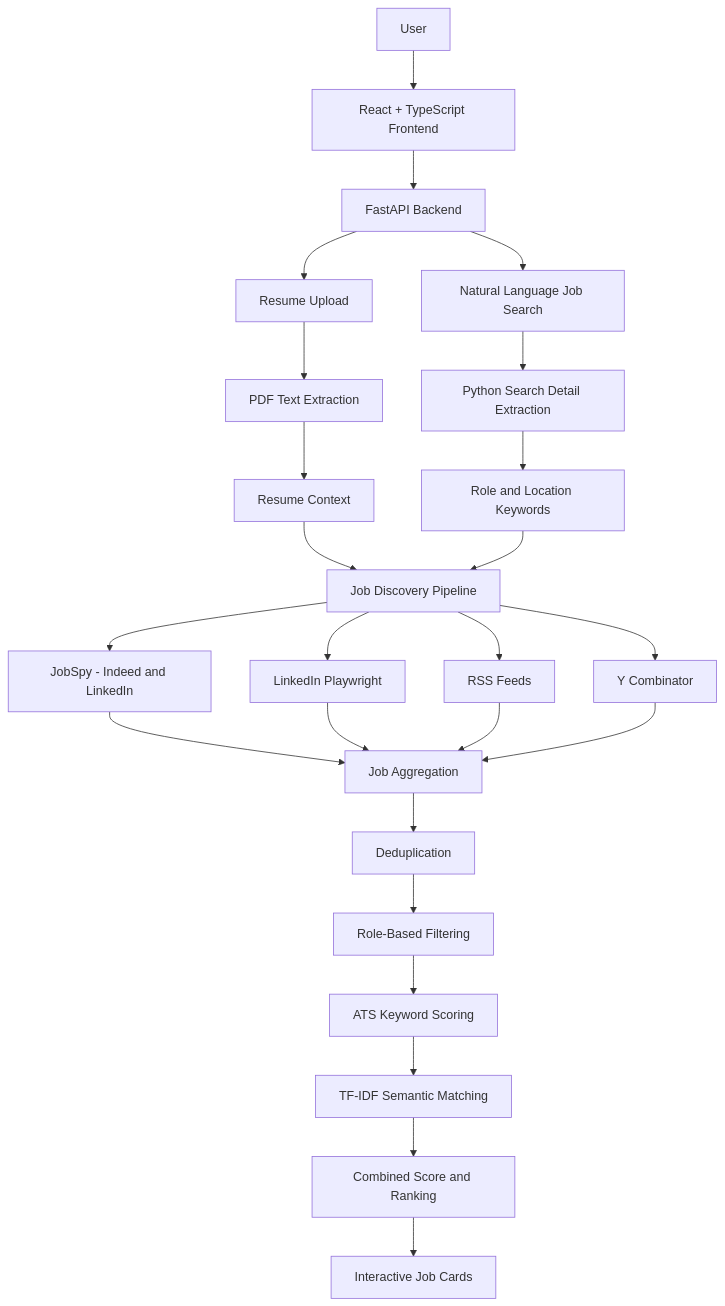
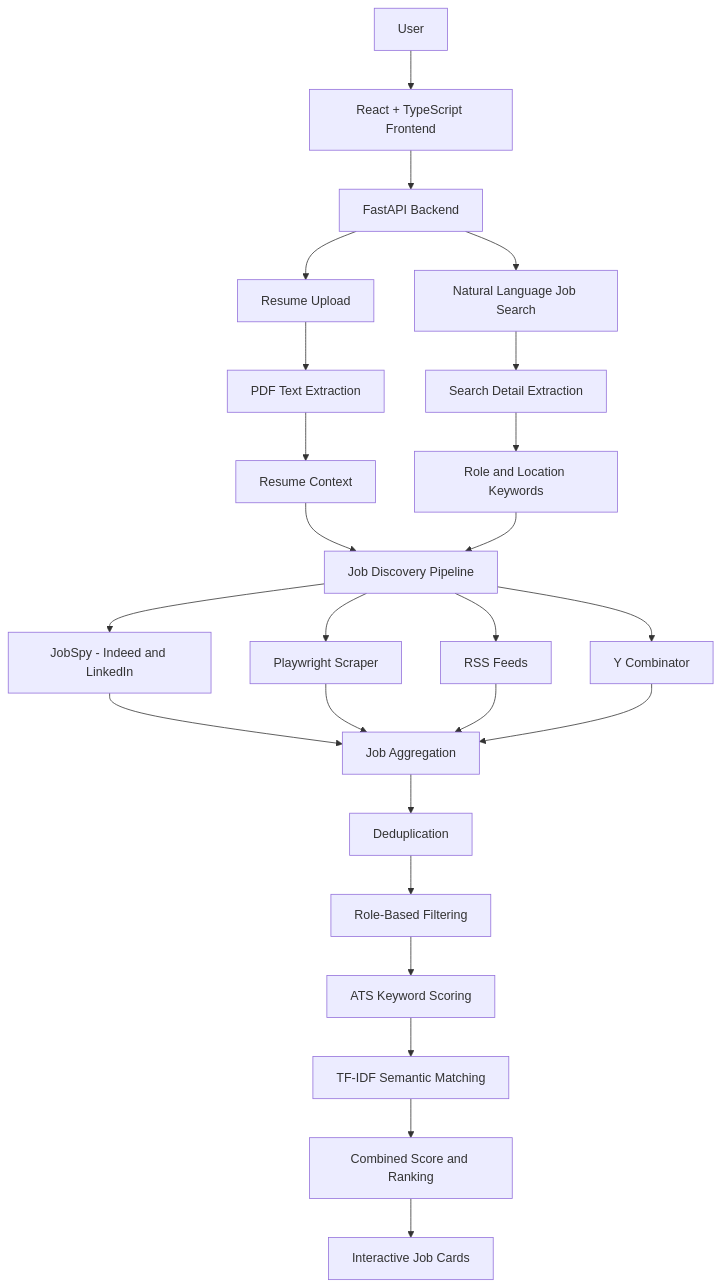
The diagram in README.md (Kirankavala143/job-hunt-agent), drawn with Mermaid before and after one commit. The commit also changed other lines of this file, not shown here.

````diff
--- a/README.md
+++ b/README.md
@@ -30,34 +47,34 @@
 ```mermaid
 flowchart TD
     A[User] --> B[React + TypeScript Frontend]
     B --> C[FastAPI Backend]
 
     C --> D[Resume Upload]
     C --> E[Natural Language Job Search]
 
     D --> F[PDF Text Extraction]
-    E --> G[Python Search Detail Extraction]
+    E --> G[Search Detail Extraction]
 
     F --> H[Resume Context]
     G --> I[Role and Location Keywords]
 
     H --> J[Job Discovery Pipeline]
     I --> J
 
     J --> K[JobSpy - Indeed and LinkedIn]
-    J --> L[LinkedIn Playwright]
+    J --> L[Playwright Scraper]
     J --> M[RSS Feeds]
     J --> N[Y Combinator]
 
     K --> O[Job Aggregation]
     L --> O
     M --> O
     N --> O
 
     O --> P[Deduplication]
     P --> Q[Role-Based Filtering]
     Q --> R[ATS Keyword Scoring]
     R --> S[TF-IDF Semantic Matching]
     S --> T[Combined Score and Ranking]
     T --> U[Interactive Job Cards]
 ```
````
